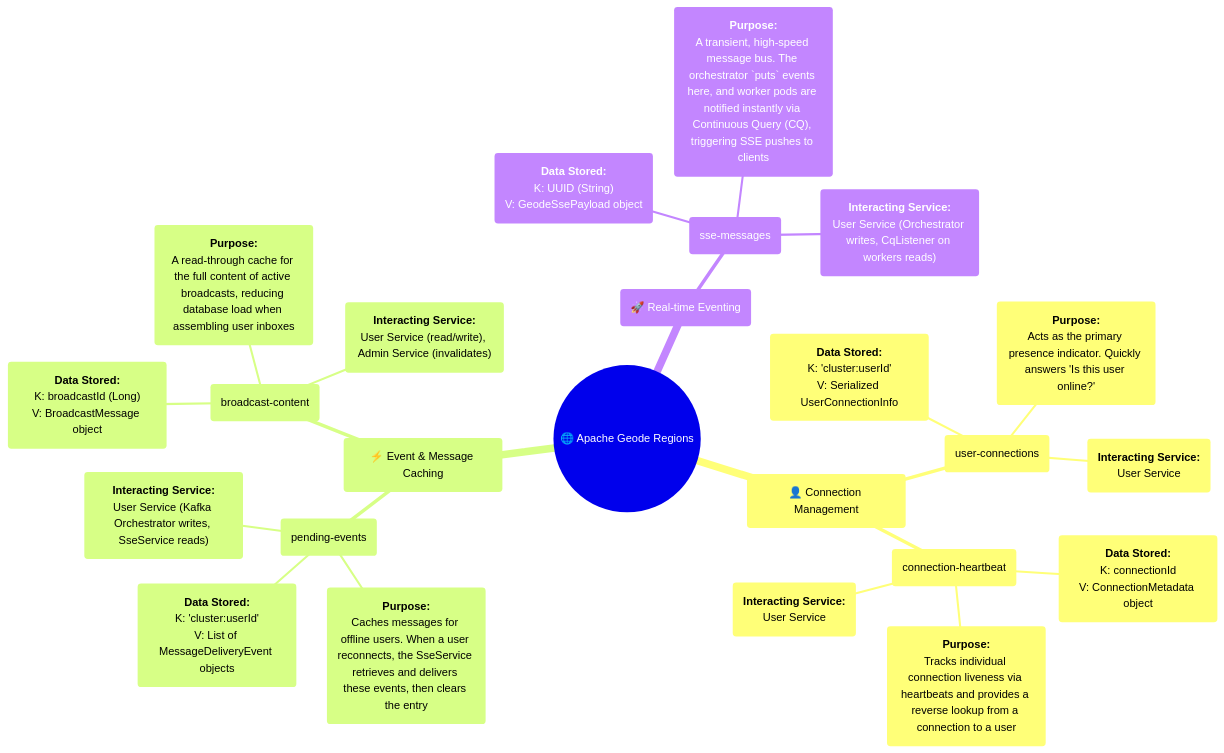
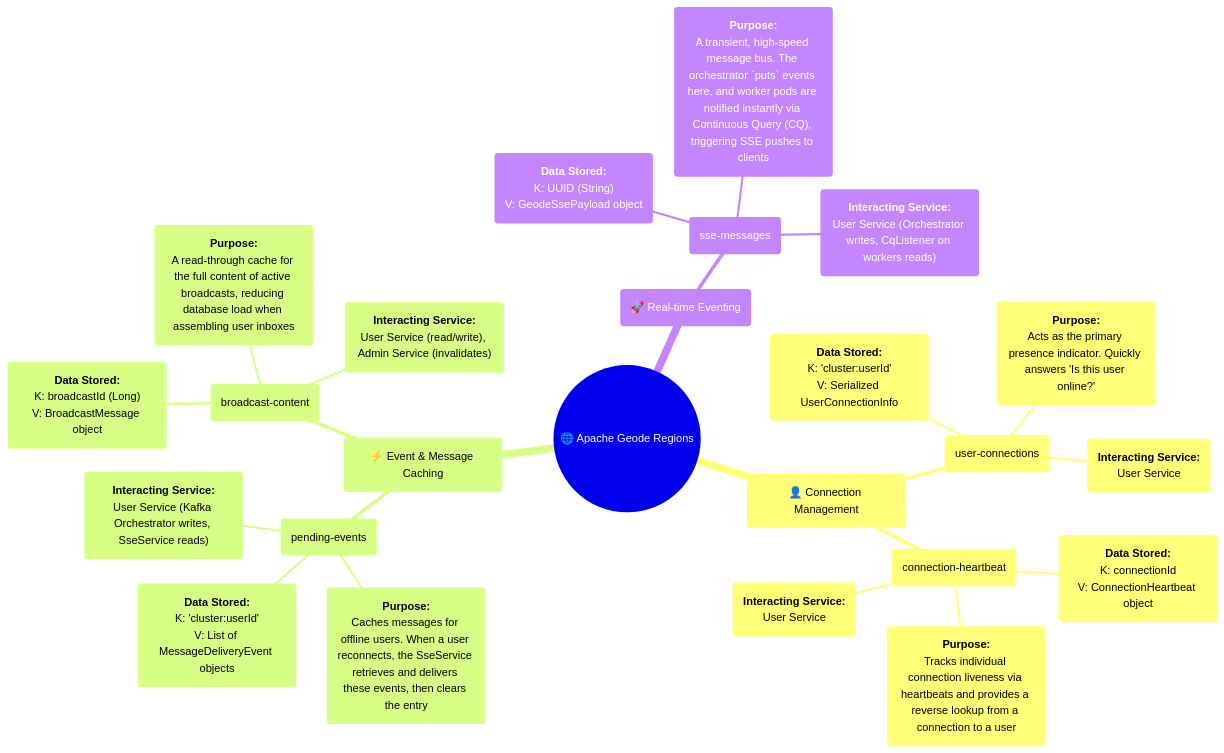
One commit to rsrini7/Notification-SSE-GLM-Flux changed the diagram in MermaidDiagrams/mindmap-geode-regions.mmd. Above: the diagram before and after it, drawn with Mermaid. The commit also changed 17 other files, not shown here.

```diff
--- a/MermaidDiagrams/mindmap-geode-regions.mmd
+++ b/MermaidDiagrams/mindmap-geode-regions.mmd
@@ -1,30 +1,30 @@
 mindmap
   root(("🌐 Apache Geode Regions"))
     %% Connection & Presence Management
     ("👤 Connection Management")
       ("user-connections")
         ("<b>Data Stored:</b><br/>K: 'cluster:userId'<br/>V: Serialized UserConnectionInfo")
         ("<b>Purpose:</b><br/>Acts as the primary presence indicator. Quickly answers 'Is this user online?'")
         ("<b>Interacting Service:</b><br/>User Service")
       ("connection-heartbeat")
-        ("<b>Data Stored:</b><br/>K: connectionId<br/>V: ConnectionMetadata object")
+        ("<b>Data Stored:</b><br/>K: connectionId<br/>V: ConnectionHeartbeat object")
         ("<b>Purpose:</b><br/>Tracks individual connection liveness via heartbeats and provides a reverse lookup from a connection to a user")
         ("<b>Interacting Service:</b><br/>User Service")
 
     %% Event & Message Caching
     ("⚡ Event & Message Caching")
       ("pending-events")
         ("<b>Data Stored:</b><br/>K: 'cluster:userId'<br/>V: List of MessageDeliveryEvent objects")
         ("<b>Purpose:</b><br/>Caches messages for offline users. When a user reconnects, the SseService retrieves and delivers these events, then clears the entry")
         ("<b>Interacting Service:</b><br/>User Service (Kafka Orchestrator writes, SseService reads)")
       ("broadcast-content")
         ("<b>Data Stored:</b><br/>K: broadcastId (Long)<br/>V: BroadcastMessage object")
         ("<b>Purpose:</b><br/>A read-through cache for the full content of active broadcasts, reducing database load when assembling user inboxes")
         ("<b>Interacting Service:</b><br/>User Service (read/write), Admin Service (invalidates)")
 
     %% Intra-Cluster Eventing
     ("🚀 Real-time Eventing")
       ("sse-messages")
         ("<b>Data Stored:</b><br/>K: UUID (String)<br/>V: GeodeSsePayload object")
         ("<b>Purpose:</b><br/>A transient, high-speed message bus. The orchestrator `puts` events here, and worker pods are notified instantly via Continuous Query (CQ), triggering SSE pushes to clients")
         ("<b>Interacting Service:</b><br/>User Service (Orchestrator writes, CqListener on workers reads)")
```
